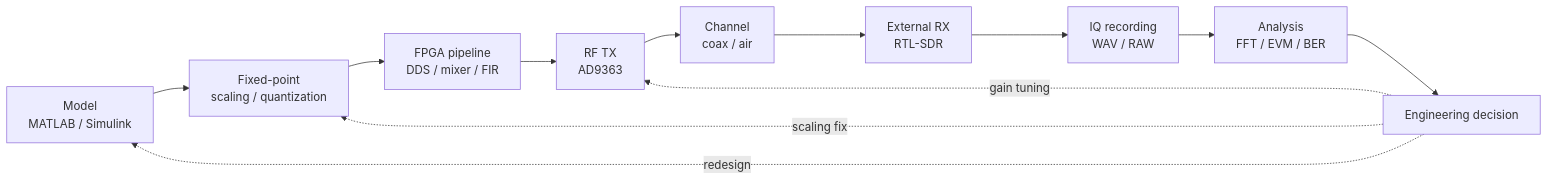
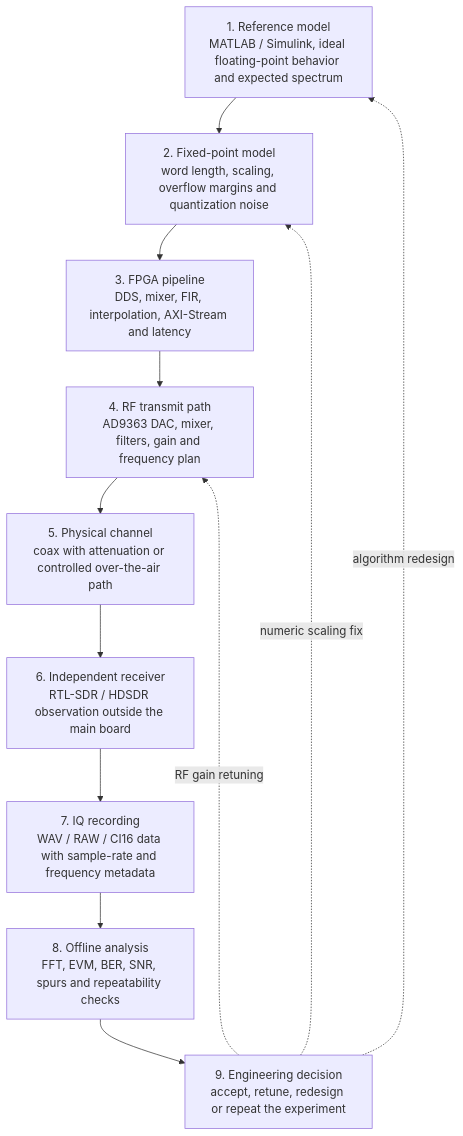
The first of 4 diagrams in docs/model-to-measurement.md (Lay007/zynq-sdr-course), drawn with Mermaid before and after one commit. The commit also changed other lines of this file, not shown here.

Commit message:
Finalize IEEE-style diagram system

````diff
--- a/docs/model-to-measurement.md
+++ b/docs/model-to-measurement.md
@@ -9,17 +9,17 @@
 ```mermaid
-flowchart LR
-    MODEL["Model\nMATLAB / Simulink"]
-    FIXED["Fixed-point\nscaling / quantization"]
-    FPGA["FPGA pipeline\nDDS / mixer / FIR"]
-    RF["RF TX\nAD9363"]
-    CHANNEL["Channel\ncoax / air"]
-    RX["External RX\nRTL-SDR"]
-    IQ["IQ recording\nWAV / RAW"]
-    ANALYSIS["Analysis\nFFT / EVM / BER"]
-    DECISION["Engineering decision"]
+flowchart TB
+    MODEL["1. Reference model<br/>MATLAB / Simulink, ideal floating-point behavior and expected spectrum"]
+    FIXED["2. Fixed-point model<br/>word length, scaling, overflow margins and quantization noise"]
+    FPGA["3. FPGA pipeline<br/>DDS, mixer, FIR, interpolation, AXI-Stream and latency"]
+    RF["4. RF transmit path<br/>AD9363 DAC, mixer, filters, gain and frequency plan"]
+    CHANNEL["5. Physical channel<br/>coax with attenuation or controlled over-the-air path"]
+    RX["6. Independent receiver<br/>RTL-SDR / HDSDR observation outside the main board"]
+    IQ["7. IQ recording<br/>WAV / RAW / CI16 data with sample-rate and frequency metadata"]
+    ANALYSIS["8. Offline analysis<br/>FFT, EVM, BER, SNR, spurs and repeatability checks"]
+    DECISION["9. Engineering decision<br/>accept, retune, redesign or repeat the experiment"]
 
     MODEL --> FIXED --> FPGA --> RF --> CHANNEL --> RX --> IQ --> ANALYSIS --> DECISION
-    DECISION -. redesign .-> MODEL
-    DECISION -. scaling fix .-> FIXED
-    DECISION -. gain tuning .-> RF
+    DECISION -. algorithm redesign .-> MODEL
+    DECISION -. numeric scaling fix .-> FIXED
+    DECISION -. RF gain retuning .-> RF
 ```
````
